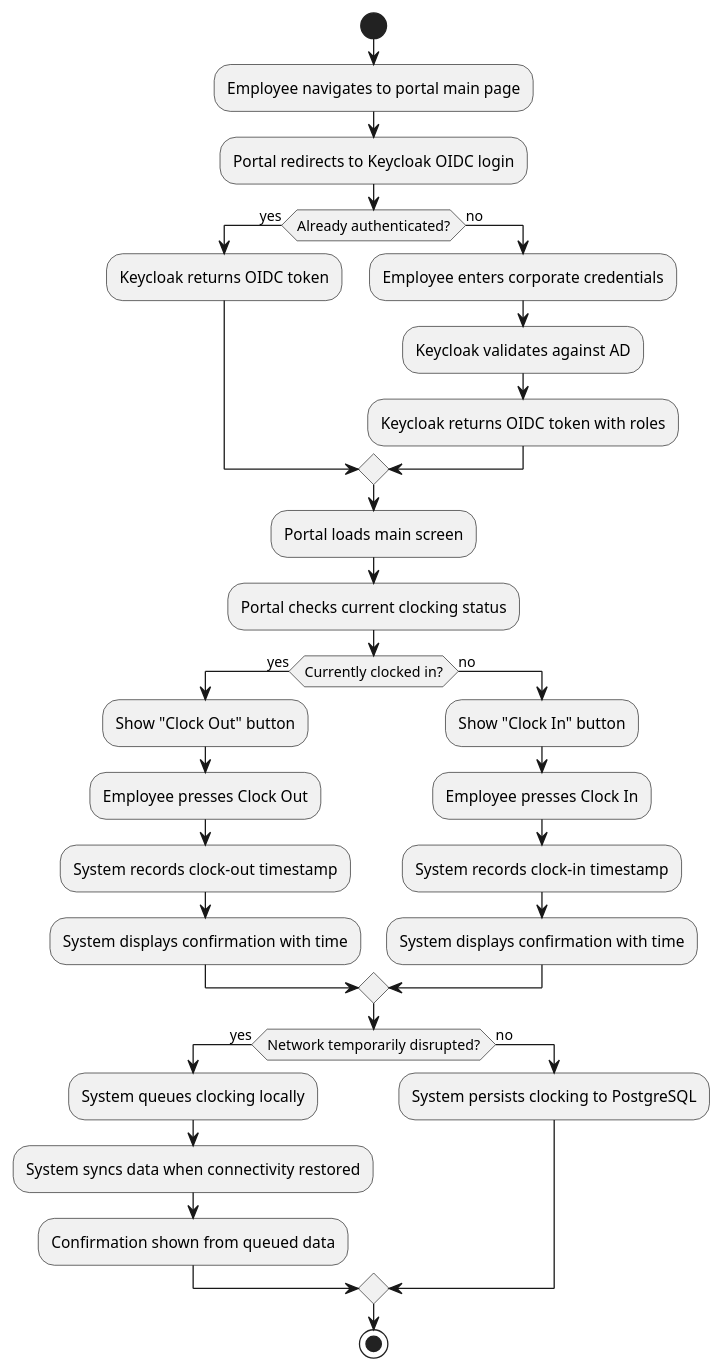
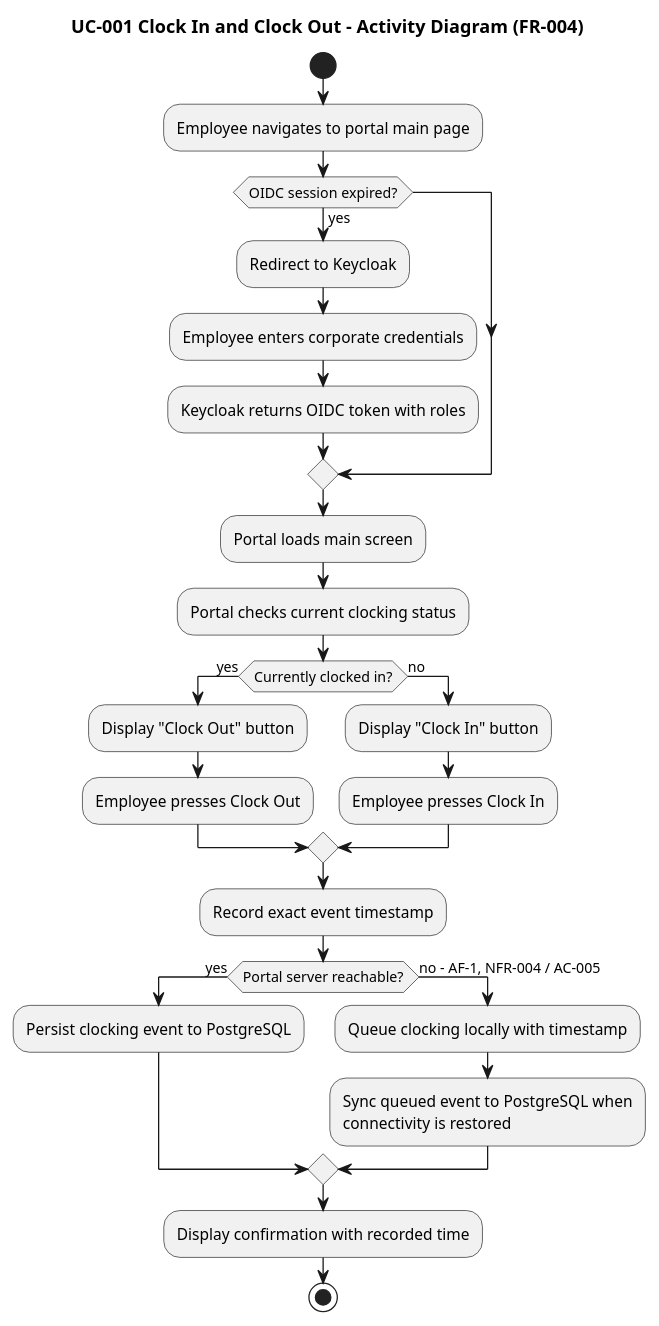
One commit to banense-test/employee-portal changed the second of 7 diagrams in docs/artifacts/requirements/use-case-model.md. Above: the diagram before and after it, drawn with PlantUML. The commit also changed other lines of this file, not shown here.

First line of the commit message:
System Analyst [E1]: upsert Use-Case Model

````diff
--- a/docs/artifacts/requirements/use-case-model.md
+++ b/docs/artifacts/requirements/use-case-model.md
@@ -141,35 +173,30 @@
 ```plantuml
 @startuml
+title UC-001 Clock In and Clock Out - Activity Diagram (FR-004)
 start
 :Employee navigates to portal main page;
-:Portal redirects to Keycloak OIDC login;
-if (Already authenticated?) then (yes)
-  :Keycloak returns OIDC token;
-else (no)
+if (OIDC session expired?) then (yes)
+  :Redirect to Keycloak;
   :Employee enters corporate credentials;
-  :Keycloak validates against AD;
   :Keycloak returns OIDC token with roles;
 endif
 :Portal loads main screen;
 :Portal checks current clocking status;
 if (Currently clocked in?) then (yes)
-  :Show "Clock Out" button;
+  :Display "Clock Out" button;
   :Employee presses Clock Out;
-  :System records clock-out timestamp;
-  :System displays confirmation with time;
 else (no)
-  :Show "Clock In" button;
+  :Display "Clock In" button;
   :Employee presses Clock In;
-  :System records clock-in timestamp;
-  :System displays confirmation with time;
 endif
-if (Network temporarily disrupted?) then (yes)
-  :System queues clocking locally;
-  :System syncs data when connectivity restored;
-  :Confirmation shown from queued data;
-else (no)
-  :System persists clocking to PostgreSQL;
+:Record exact event timestamp;
+if (Portal server reachable?) then (yes)
+  :Persist clocking event to PostgreSQL;
+else (no - AF-1, NFR-004 / AC-005)
+  :Queue clocking locally with timestamp;
+  :Sync queued event to PostgreSQL when\nconnectivity is restored;
 endif
+:Display confirmation with recorded time;
 stop
 @enduml
 ```
````
